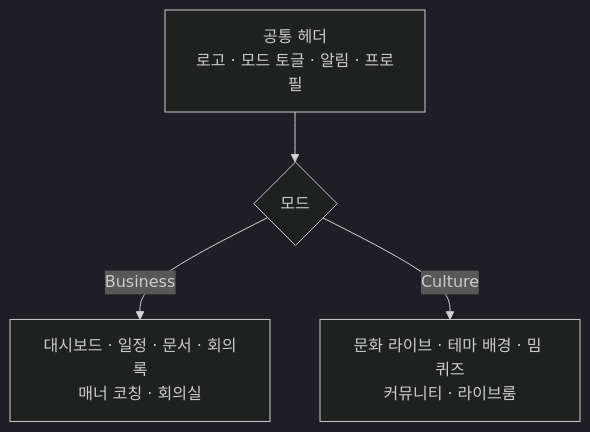
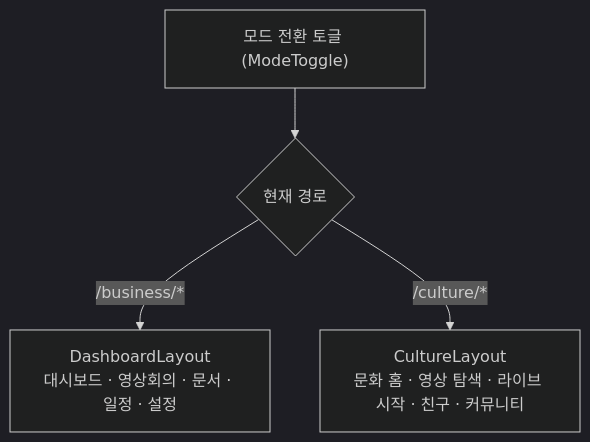
The fourth of 5 diagrams in README.md (jingeunlee4559/talaria-frontend), drawn with Mermaid (dark theme) before and after one commit. The commit also changed other lines of this file, not shown here.

````diff
--- a/README.md
+++ b/README.md
@@ -321,6 +357,6 @@
 ```mermaid
 flowchart TD
-    H["공통 헤더<br/>로고 · 모드 토글 · 알림 · 프로필"] --> M{"모드"}
-    M -- Business --> B["대시보드 · 일정 · 문서 · 회의록<br/>매너 코칭 · 회의실"]
-    M -- Culture --> C["문화 라이브 · 테마 배경 · 밈 퀴즈<br/>커뮤니티 · 라이브룸"]
+    H["모드 전환 토글 (ModeToggle)"] --> M{"현재 경로"}
+    M -- "/business/*" --> B["DashboardLayout<br/>대시보드 · 영상회의 · 문서 · 일정 · 설정"]
+    M -- "/culture/*" --> C["CultureLayout<br/>문화 홈 · 영상 탐색 · 라이브 시작 · 친구 · 커뮤니티"]
 ```
````
